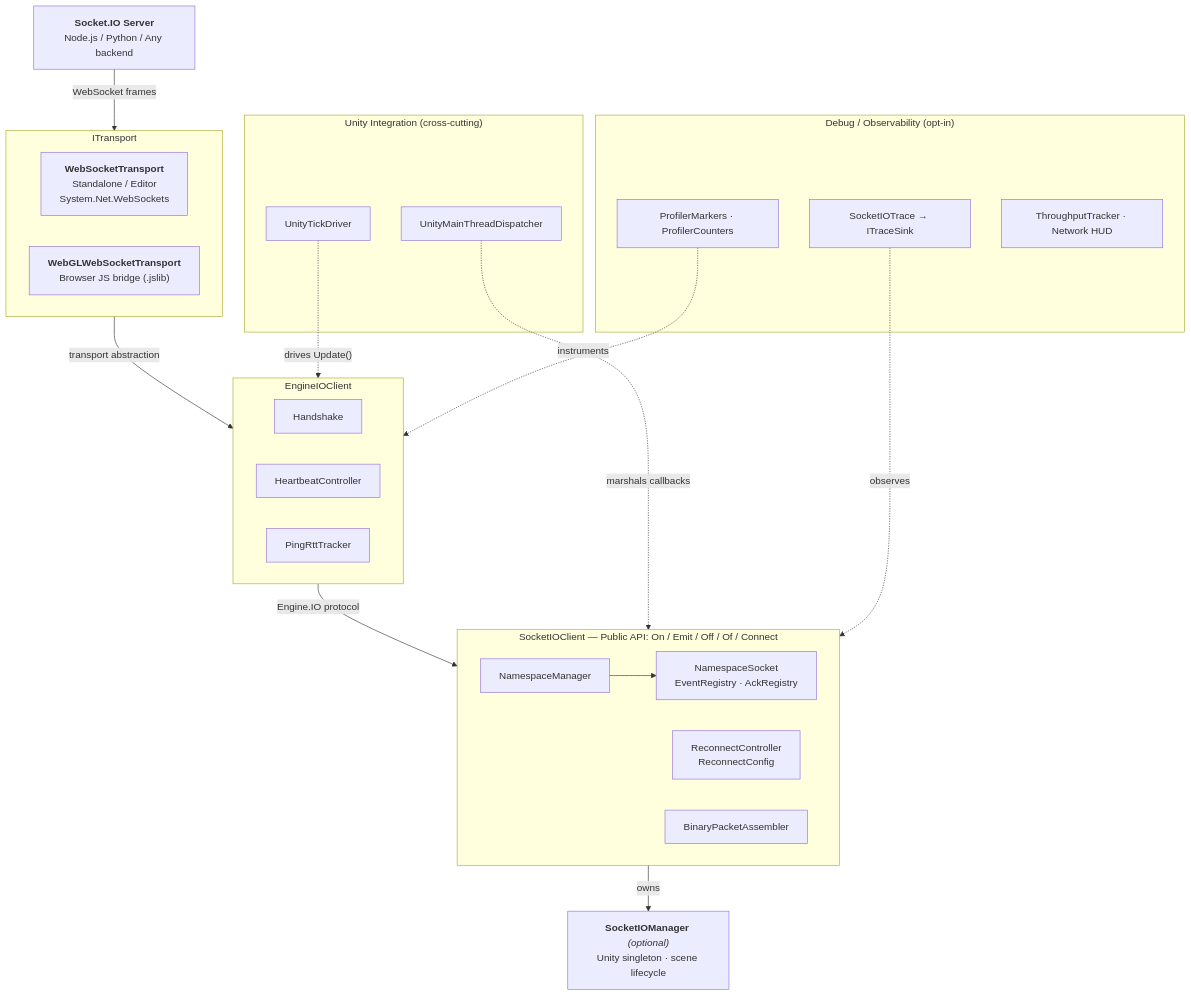
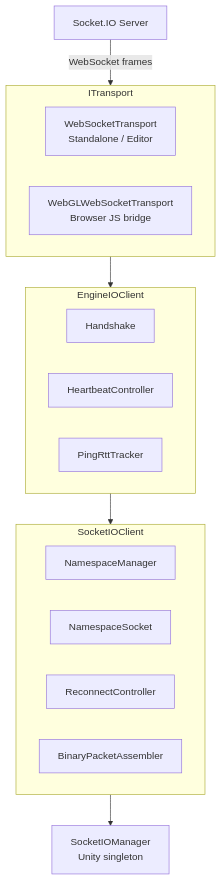
Before and after one commit to Magithar/socketio-unity: the diagram in README.md, drawn with Mermaid. The commit also changed other lines of this file, not shown here.

````diff
--- a/README.md
+++ b/README.md
@@ -817,47 +313,29 @@
 ```mermaid
 graph TD
-    Server["<b>Socket.IO Server</b><br/>Node.js / Python / Any backend"]
+    Server["Socket.IO Server"]
 
     subgraph Transport ["ITransport"]
-        WS["<b>WebSocketTransport</b><br/>Standalone / Editor<br/>System.Net.WebSockets"]
-        WebGL["<b>WebGLWebSocketTransport</b><br/>Browser JS bridge (.jslib)"]
+        WS["WebSocketTransport<br/>Standalone / Editor"]
+        WebGL["WebGLWebSocketTransport<br/>Browser JS bridge"]
     end
 
     subgraph Engine ["EngineIOClient"]
         Handshake["Handshake"]
         Heartbeat["HeartbeatController"]
         RTT["PingRttTracker"]
     end
 
-    subgraph SocketIO ["SocketIOClient — Public API: On / Emit / Off / Of / Connect"]
+    subgraph SocketIO ["SocketIOClient"]
         NSManager["NamespaceManager"]
-        NS["NamespaceSocket<br/>EventRegistry · AckRegistry"]
-        Reconnect["ReconnectController<br/>ReconnectConfig"]
+        NS["NamespaceSocket"]
+        Reconnect["ReconnectController"]
         Binary["BinaryPacketAssembler"]
     end
 
-    Manager["<b>SocketIOManager</b> <i>(optional)</i><br/>Unity singleton · scene lifecycle"]
-
-    subgraph Unity ["Unity Integration (cross-cutting)"]
-        Tick["UnityTickDriver"]
-        Dispatch["UnityMainThreadDispatcher"]
-    end
-
-    subgraph Debug ["Debug / Observability (opt-in)"]
-        Trace["SocketIOTrace → ITraceSink"]
-        Profiler["ProfilerMarkers · ProfilerCounters"]
-        Throughput["ThroughputTracker · Network HUD"]
-    end
+    Manager["SocketIOManager<br/>Unity singleton"]
 
     Server -- "WebSocket frames" --> Transport
-    Transport -- "transport abstraction" --> Engine
-    Engine -- "Engine.IO protocol" --> SocketIO
-    SocketIO -- "owns" --> Manager
-
-    NSManager --> NS
-
-    Tick -. "drives Update()" .-> Engine
-    Dispatch -. "marshals callbacks" .-> SocketIO
-    Trace -. "observes" .-> SocketIO
-    Profiler -. "instruments" .-> Engine
+    Transport --> Engine
+    Engine --> SocketIO
+    SocketIO --> Manager
 ```
````
